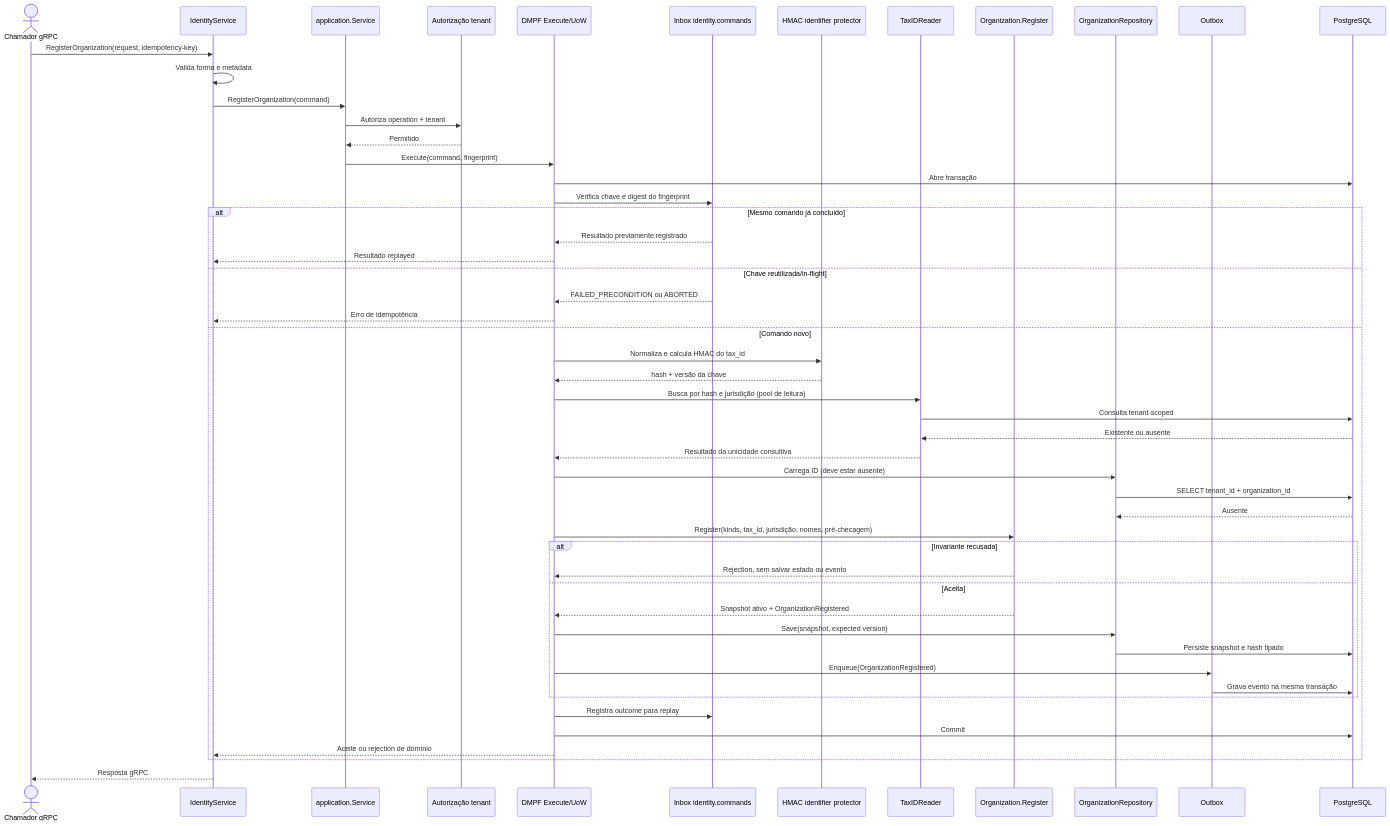
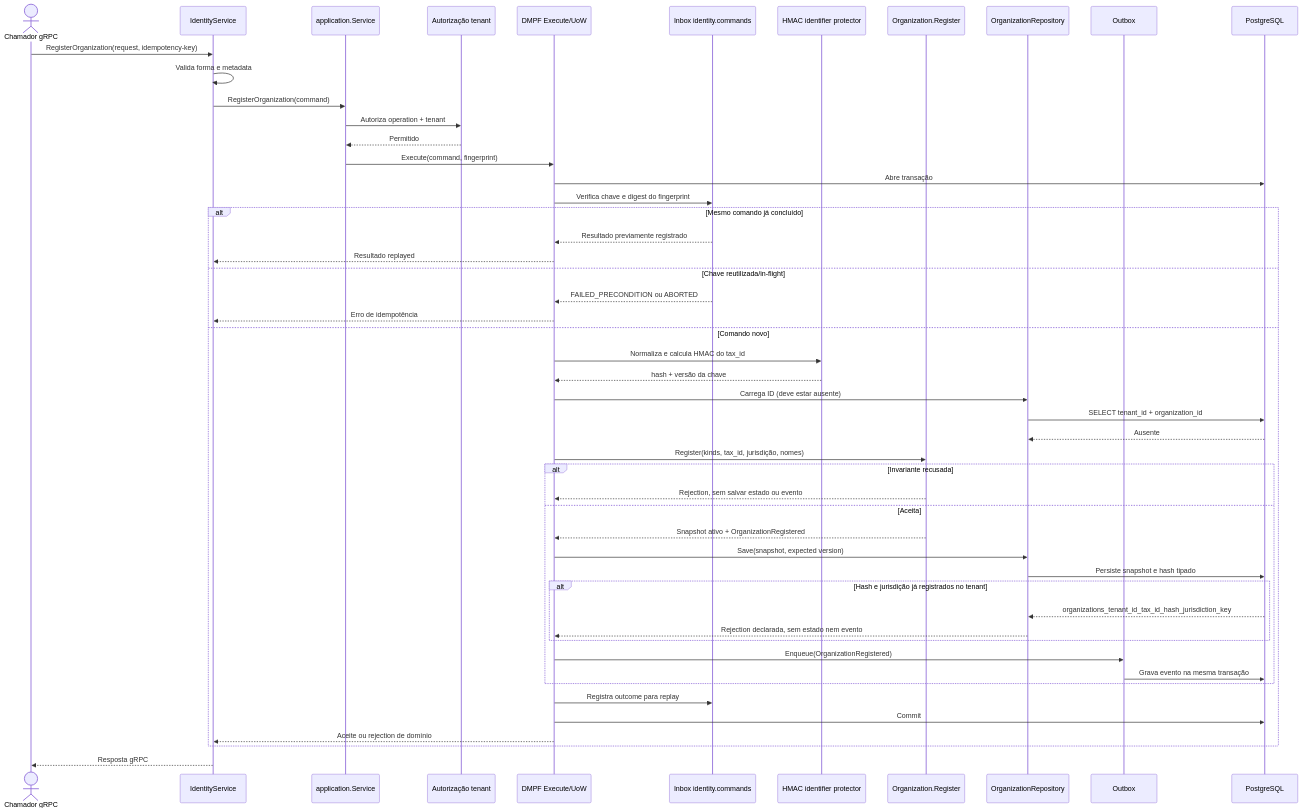
One commit to mateusmacedo/antecipa-market changed the diagram in apps/backend/identity/docs/architecture/sequences/register-organization.md. Above: the diagram before and after it, drawn with Mermaid. The commit also changed 48 other files, not shown here.

First line of the commit message:
feat(identity): adota a unicidade declarada do kernel rc.7

````diff
--- a/apps/backend/identity/docs/architecture/sequences/register-organization.md
+++ b/apps/backend/identity/docs/architecture/sequences/register-organization.md
@@ -5,55 +5,54 @@
 ```mermaid
 sequenceDiagram
   actor Client as Chamador gRPC
   participant RPC as IdentityService
   participant App as application.Service
   participant Auth as Autorização tenant
   participant UOW as DMPF Execute/UoW
   participant Inbox as Inbox identity.commands
   participant Protector as HMAC identifier protector
-  participant Reader as TaxIDReader
   participant Domain as Organization.Register
   participant Repo as OrganizationRepository
   participant Outbox as Outbox
   participant PG as PostgreSQL
 
   Client->>RPC: RegisterOrganization(request, idempotency-key)
   RPC->>RPC: Valida forma e metadata
   RPC->>App: RegisterOrganization(command)
   App->>Auth: Autoriza operation + tenant
   Auth-->>App: Permitido
   App->>UOW: Execute(command, fingerprint)
   UOW->>PG: Abre transação
   UOW->>Inbox: Verifica chave e digest do fingerprint
   alt Mesmo comando já concluído
     Inbox-->>UOW: Resultado previamente registrado
     UOW-->>RPC: Resultado replayed
   else Chave reutilizada/in-flight
     Inbox-->>UOW: FAILED_PRECONDITION ou ABORTED
     UOW-->>RPC: Erro de idempotência
   else Comando novo
     UOW->>Protector: Normaliza e calcula HMAC do tax_id
     Protector-->>UOW: hash + versão da chave
-    UOW->>Reader: Busca por hash e jurisdição (pool de leitura)
-    Reader->>PG: Consulta tenant-scoped
-    PG-->>Reader: Existente ou ausente
-    Reader-->>UOW: Resultado da unicidade consultiva
     UOW->>Repo: Carrega ID (deve estar ausente)
     Repo->>PG: SELECT tenant_id + organization_id
     PG-->>Repo: Ausente
-    UOW->>Domain: Register(kinds, tax_id, jurisdição, nomes, pré-checagem)
+    UOW->>Domain: Register(kinds, tax_id, jurisdição, nomes)
     alt Invariante recusada
       Domain-->>UOW: Rejection, sem salvar estado ou evento
     else Aceita
       Domain-->>UOW: Snapshot ativo + OrganizationRegistered
       UOW->>Repo: Save(snapshot, expected version)
       Repo->>PG: Persiste snapshot e hash tipado
+      alt Hash e jurisdição já registrados no tenant
+        PG-->>Repo: organizations_tenant_id_tax_id_hash_jurisdiction_key
+        Repo-->>UOW: Rejection declarada, sem estado nem evento
+      end
       UOW->>Outbox: Enqueue(OrganizationRegistered)
       Outbox->>PG: Grava evento na mesma transação
     end
     UOW->>Inbox: Registra outcome para replay
     UOW->>PG: Commit
     UOW-->>RPC: Aceite ou rejection de domínio
   end
   RPC-->>Client: Resposta gRPC
 ```
````
